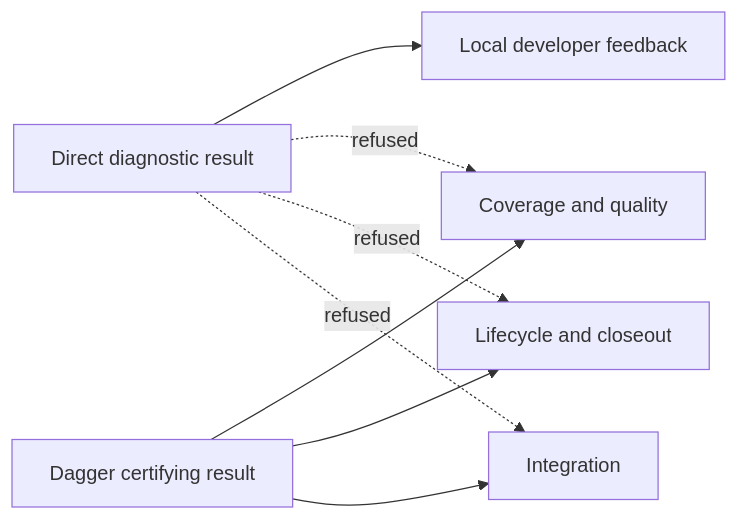
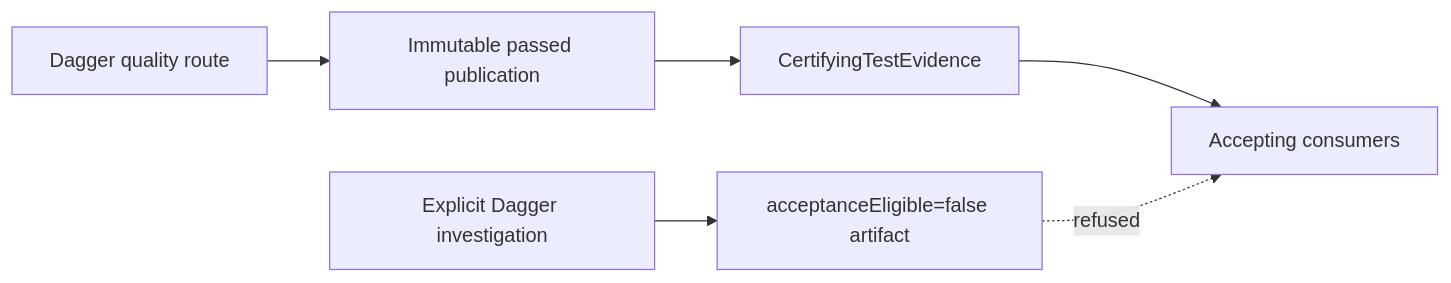
One commit to Foxfire1st/agents-remember changed the diagram in docs/design/python-test-evidence.md. Above: the diagram before and after it, drawn with Mermaid. The commit also changed other lines of this file and 329 other files, not shown here.

Commit message:
Complete PDLS test evidence-system reform

````diff
--- a/docs/design/python-test-evidence.md
+++ b/docs/design/python-test-evidence.md
@@ -5,8 +8,8 @@
 ```mermaid
 flowchart LR
-    D[Direct diagnostic result] --> F[Local developer feedback]
-    C[Dagger certifying result] --> V[Coverage and quality]
-    C --> L[Lifecycle and closeout]
-    C --> I[Integration]
-    D -. refused .-> V & L & I
+    I[Explicit Dagger investigation] --> N[acceptanceEligible=false artifact]
+    Q[Dagger quality route] --> P[Immutable passed publication]
+    P --> C[CertifyingTestEvidence]
+    C --> A[Accepting consumers]
+    N -. refused .-> A
 ```
````
